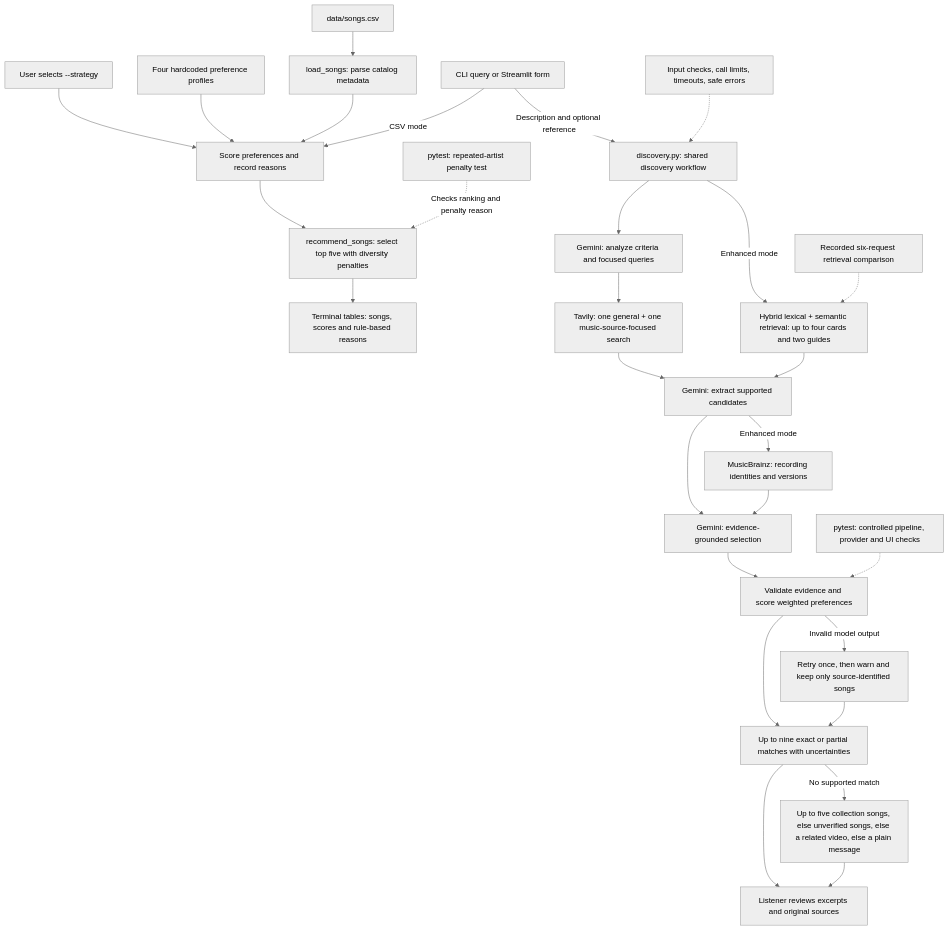
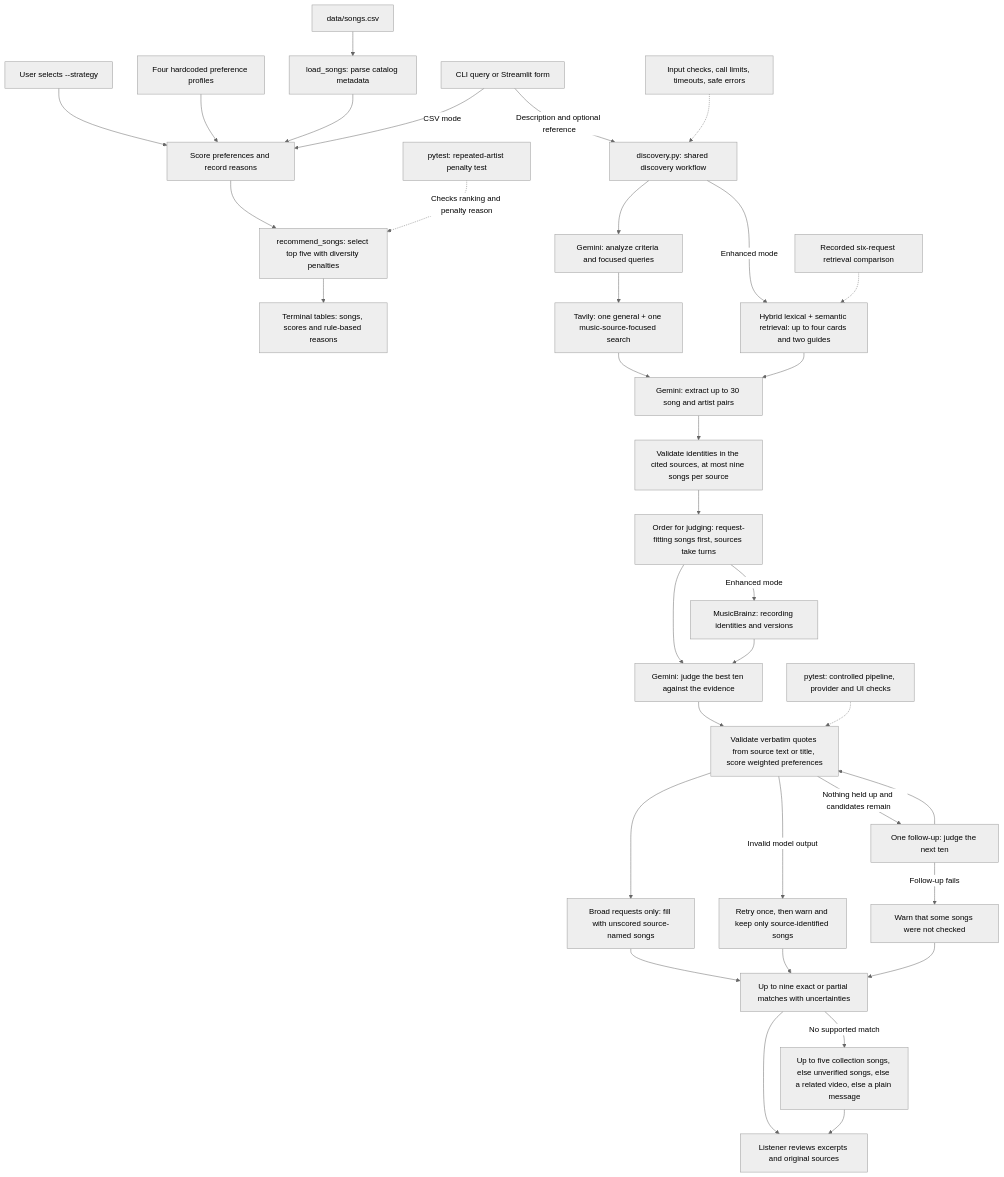
The diagram in diagrams/architecture.mmd (KarinaS0uza/applied-ai-music-recommender), drawn with Mermaid (neutral theme) before and after one commit. The commit also changed 11 other files, not shown here.

```diff
--- a/diagrams/architecture.mmd
+++ b/diagrams/architecture.mmd
@@ -1,32 +1,39 @@
 flowchart TD
     Strategy["User selects --strategy"] --> Scoring["Score preferences and record reasons"]
     Profiles["Four hardcoded preference profiles"] --> Scoring
     Catalog["data/songs.csv"] --> Loader["load_songs: parse catalog metadata"]
     Loader --> Scoring
     Scoring --> Selection["recommend_songs: select top five with diversity penalties"]
     Selection --> Output["Terminal tables: songs, scores and rule-based reasons"]
 
     %% Existing development test, run separately from the application.
     Tests["pytest: repeated-artist penalty test"] -.->|"Checks ranking and penalty reason"| Selection
 
     UI["CLI query or Streamlit form"] -->|"CSV mode"| Scoring
     UI -->|"Description and optional reference"| RAG["discovery.py: shared discovery workflow"]
     RAG --> Intent["Gemini: analyze criteria and focused queries"]
     Intent --> Web["Tavily: one general + one music-source-focused search"]
     RAG -->|"Enhanced mode"| Docs["Hybrid lexical + semantic retrieval: up to four cards and two guides"]
-    Web --> Extract["Gemini: extract supported candidates"]
+    Web --> Extract["Gemini: extract up to 30 song and artist pairs"]
     Docs --> Extract
-    Extract -->|"Enhanced mode"| Metadata["MusicBrainz: recording identities and versions"]
-    Extract --> Generate["Gemini: evidence-grounded selection"]
+    Extract --> Identity["Validate identities in the cited sources, at most nine songs per source"]
+    Identity --> Order["Order for judging: request-fitting songs first, sources take turns"]
+    Order -->|"Enhanced mode"| Metadata["MusicBrainz: recording identities and versions"]
+    Order --> Generate["Gemini: judge the best ten against the evidence"]
     Metadata --> Generate
-    Generate --> Validate["Validate evidence and score weighted preferences"]
-    Validate --> Results["Up to nine exact or partial matches with uncertainties"]
+    Generate --> Validate["Validate verbatim quotes from source text or title, score weighted preferences"]
+    Validate -->|"Nothing held up and candidates remain"| FollowUp["One follow-up: judge the next ten"]
+    FollowUp --> Validate
+    Validate --> TopUp["Broad requests only: fill with unscored source-named songs"]
+    TopUp --> Results["Up to nine exact or partial matches with uncertainties"]
     Results --> Human["Listener reviews excerpts and original sources"]
     Checks["pytest: controlled pipeline, provider and UI checks"] -.-> Validate
     Review["Recorded six-request retrieval comparison"] -.-> Docs
 
     Validate -->|"Invalid model output"| Degrade["Retry once, then warn and keep only source-identified songs"]
     Degrade --> Results
+    FollowUp -->|"Follow-up fails"| Unchecked["Warn that some songs were not checked"]
+    Unchecked --> Results
     Results -->|"No supported match"| Fallback["Up to five collection songs, else unverified songs, else a related video, else a plain message"]
     Fallback --> Human
     Guard["Input checks, call limits, timeouts, safe errors"] -.-> RAG
```
